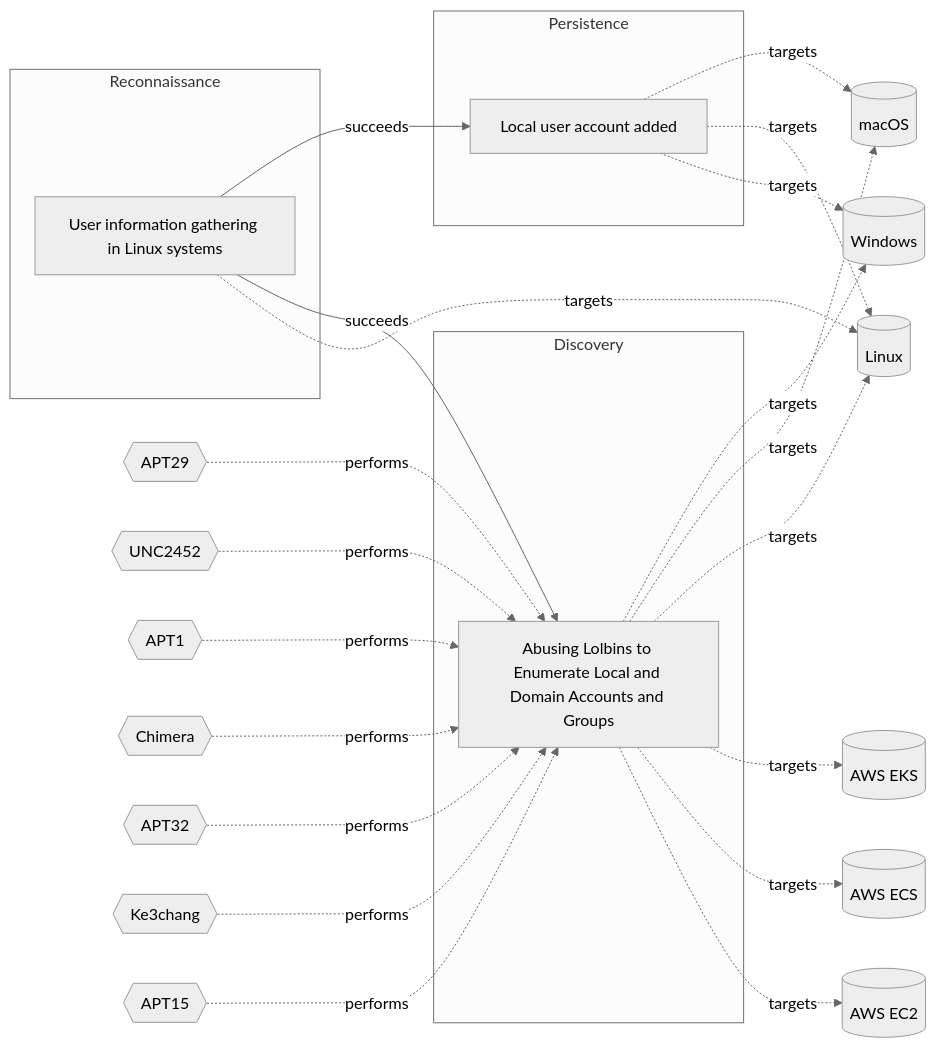
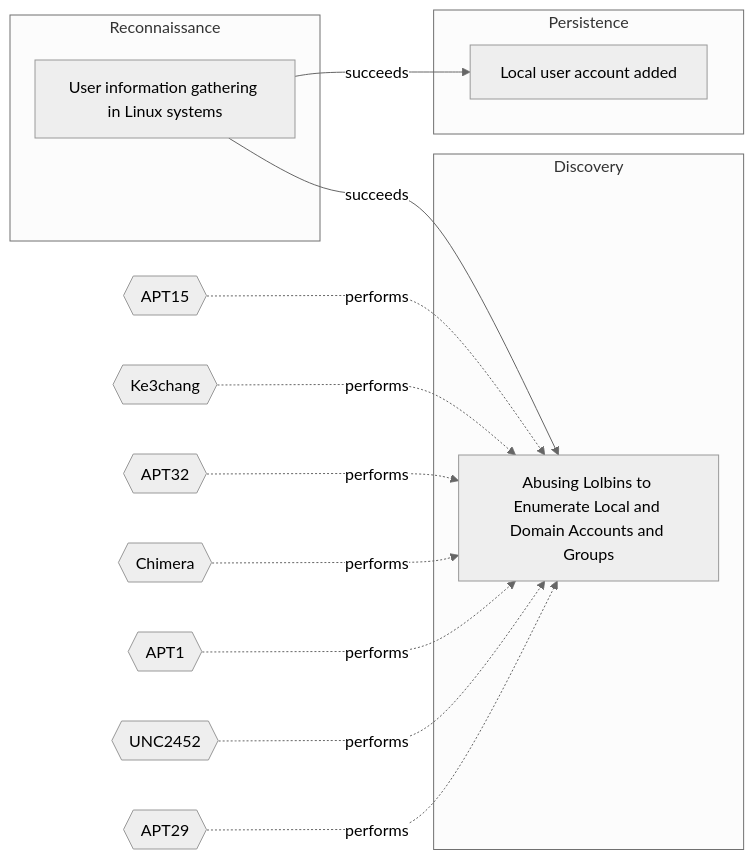
Before and after one commit to OpenTideHQ/WikiTide: the diagram in Models/Threat Vectors/☣️ User information gathering in Linux systems.md, drawn with Mermaid (neutral theme). The commit also changed other lines of this file and 232 other files, not shown here.

````diff
--- a/Models/Threat Vectors/☣️ User information gathering in Linux systems.md
+++ b/Models/Threat Vectors/☣️ User information gathering in Linux systems.md
@@ -104,54 +104,38 @@
 ```mermaid
 
 flowchart LR
 
 8bc82ff8-e106-4377-98f1-2cb912631ffa[User information gathering in Linux systems]
 3b1026c6-7d04-4b91-ba6f-abc68e993616[Abusing Lolbins to Enumerate Local and Domain Accounts and Groups]
 e2d8ce6b-f21e-4444-a828-0c6b722a9c93[Local user account added]
 
 subgraph Reconnaissance
 8bc82ff8-e106-4377-98f1-2cb912631ffa
 end
 subgraph Discovery
 3b1026c6-7d04-4b91-ba6f-abc68e993616
 end
 subgraph Persistence
 e2d8ce6b-f21e-4444-a828-0c6b722a9c93
 end
 
-Linux[(Linux)]
-AWSEC2[(AWS EC2)]
-AWSECS[(AWS ECS)]
-AWSEKS[(AWS EKS)]
-macOS[(macOS)]
-Windows[(Windows)]
 APT29{{APT29}}
 UNC2452{{UNC2452}}
 APT1{{APT1}}
 Chimera{{Chimera}}
 APT32{{APT32}}
 Ke3chang{{Ke3chang}}
 APT15{{APT15}}
 
-8bc82ff8-e106-4377-98f1-2cb912631ffa -.->|targets| Linux
-3b1026c6-7d04-4b91-ba6f-abc68e993616 -.->|targets| AWSEC2
-3b1026c6-7d04-4b91-ba6f-abc68e993616 -.->|targets| AWSECS
-3b1026c6-7d04-4b91-ba6f-abc68e993616 -.->|targets| AWSEKS
-3b1026c6-7d04-4b91-ba6f-abc68e993616 -.->|targets| Linux
-3b1026c6-7d04-4b91-ba6f-abc68e993616 -.->|targets| macOS
-3b1026c6-7d04-4b91-ba6f-abc68e993616 -.->|targets| Windows
-e2d8ce6b-f21e-4444-a828-0c6b722a9c93 -.->|targets| Windows
-e2d8ce6b-f21e-4444-a828-0c6b722a9c93 -.->|targets| Linux
-e2d8ce6b-f21e-4444-a828-0c6b722a9c93 -.->|targets| macOS
 APT29 -.-> |performs| 3b1026c6-7d04-4b91-ba6f-abc68e993616
 UNC2452 -.-> |performs| 3b1026c6-7d04-4b91-ba6f-abc68e993616
 APT1 -.-> |performs| 3b1026c6-7d04-4b91-ba6f-abc68e993616
 Chimera -.-> |performs| 3b1026c6-7d04-4b91-ba6f-abc68e993616
 APT32 -.-> |performs| 3b1026c6-7d04-4b91-ba6f-abc68e993616
 Ke3chang -.-> |performs| 3b1026c6-7d04-4b91-ba6f-abc68e993616
 APT15 -.-> |performs| 3b1026c6-7d04-4b91-ba6f-abc68e993616
 
 8bc82ff8-e106-4377-98f1-2cb912631ffa -->|succeeds| 3b1026c6-7d04-4b91-ba6f-abc68e993616
 8bc82ff8-e106-4377-98f1-2cb912631ffa -->|succeeds| e2d8ce6b-f21e-4444-a828-0c6b722a9c93
 
 ```
````
